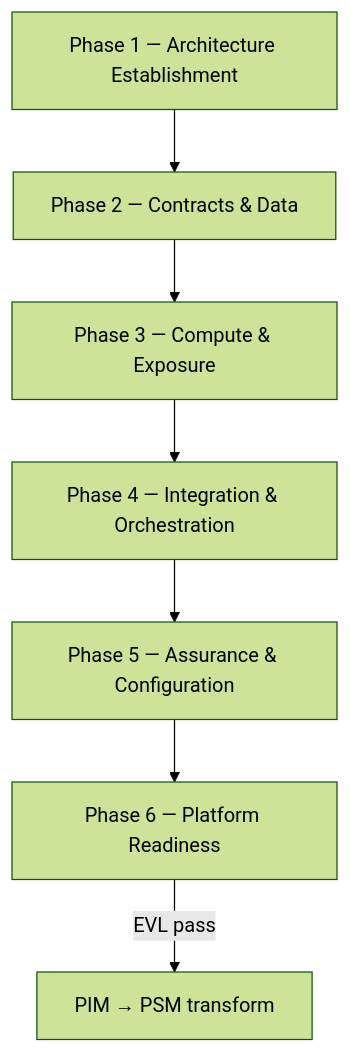
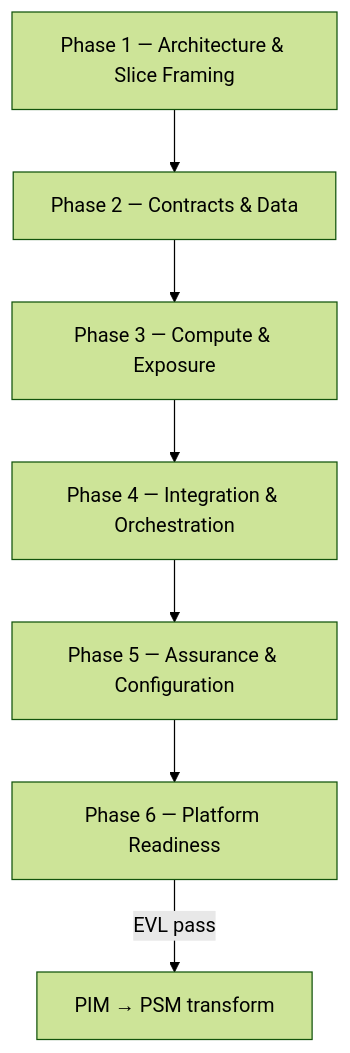
Before and after one commit to mehdieidi/modriss: the diagram in docs/public-docs/docs/guides/pim-modeling-methodology.md, drawn with Mermaid (forest theme). The commit also changed other lines of this file and 29 other files, not shown here.

````diff
--- a/docs/public-docs/docs/guides/pim-modeling-methodology.md
+++ b/docs/public-docs/docs/guides/pim-modeling-methodology.md
@@ -31,12 +32,12 @@
 ```mermaid
 flowchart TD
-  PH1["Phase 1 — Architecture Establishment"]
+  PH1["Phase 1 — Architecture & Slice Framing"]
   PH2["Phase 2 — Contracts & Data"]
   PH3["Phase 3 — Compute & Exposure"]
   PH4["Phase 4 — Integration & Orchestration"]
   PH5["Phase 5 — Assurance & Configuration"]
   PH6["Phase 6 — Platform Readiness"]
 
   PH1 --> PH2 --> PH3 --> PH4 --> PH5 --> PH6
   PH6 -->|EVL pass| GATE["PIM → PSM transform"]
 ```
````
